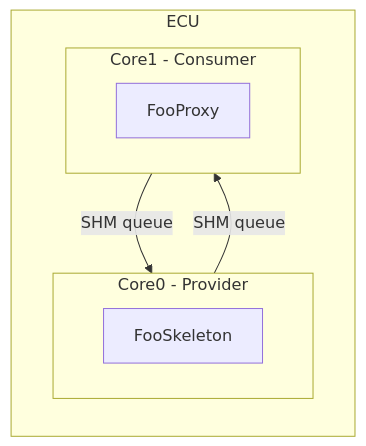
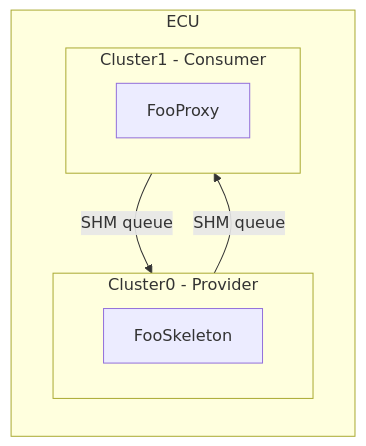
Before and after one commit to esrlabs/openbsw: the diagram in libs/bsw/middleware/simulation/docs/README.md, drawn with Mermaid. The commit also changed other lines of this file and 14 other files, not shown here.

Commit message:
Rename middleware clusters from Core0/Core1 to Cluster0/Cluster1

````diff
--- a/libs/bsw/middleware/simulation/docs/README.md
+++ b/libs/bsw/middleware/simulation/docs/README.md
@@ -64,15 +64,15 @@
 ```mermaid
 graph LR
     subgraph ECU
-        subgraph Core0[Core0 - Provider]
+        subgraph Cluster0[Cluster0 - Provider]
             FooSkeleton
         end
 
-        subgraph Core1[Core1 - Consumer]
+        subgraph Cluster1[Cluster1 - Consumer]
             FooProxy
         end
 
-        Core0 -- SHM queue --> Core1
-        Core1 -- SHM queue --> Core0
+        Cluster0 -- SHM queue --> Cluster1
+        Cluster1 -- SHM queue --> Cluster0
     end
 ```
````
